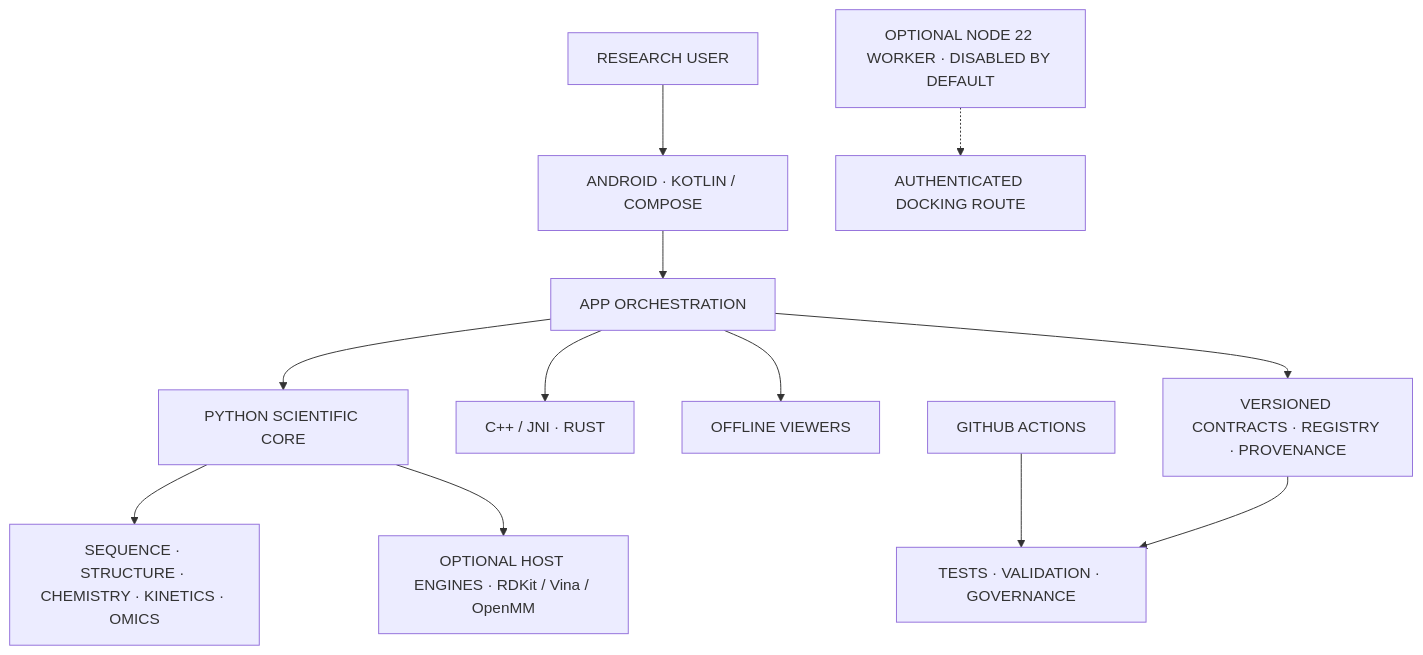
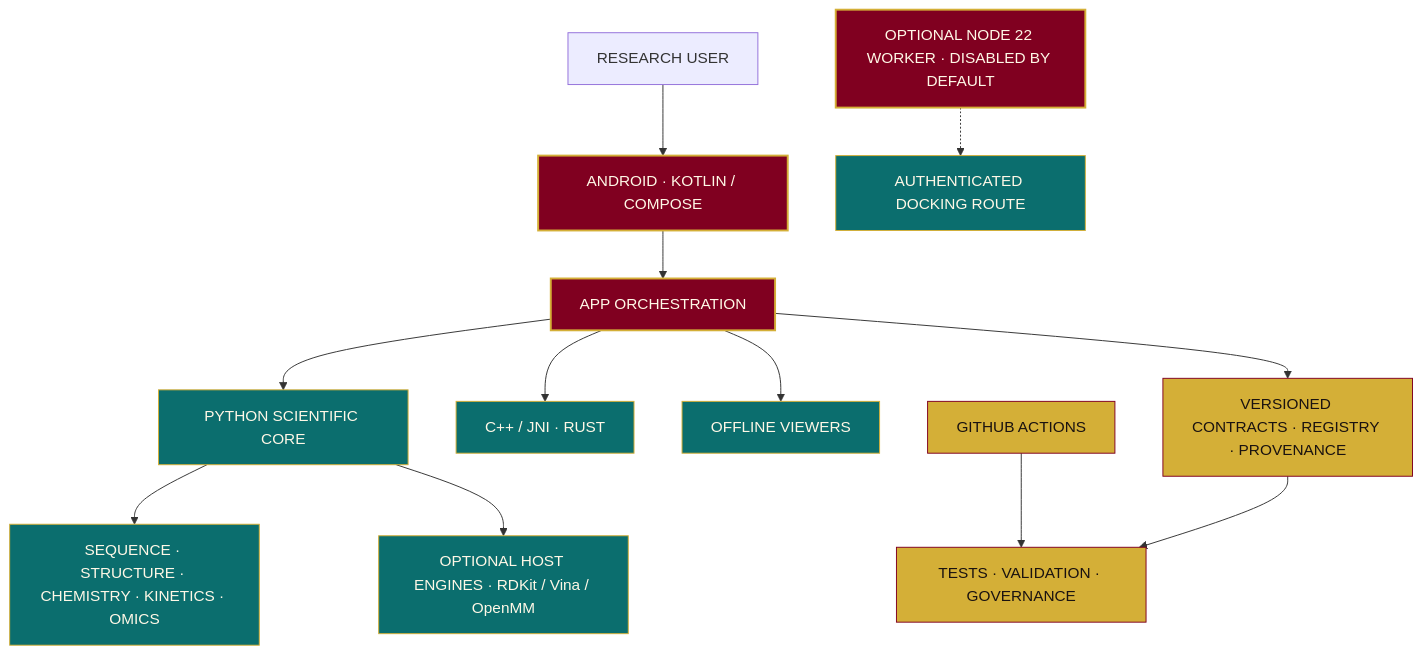
Before and after one commit to AssayFlux/Kinetics: the diagram in README.md, drawn with Mermaid. The commit also changed other lines of this file, not shown here.

````diff
--- a/README.md
+++ b/README.md
@@ -153,14 +201,20 @@
 ```mermaid
 flowchart TD
     USER["RESEARCH USER"] --> ANDROID["ANDROID · KOTLIN / COMPOSE"]
     ANDROID --> APP["APP ORCHESTRATION"]
     APP --> PY["PYTHON SCIENTIFIC CORE"]
     APP --> NATIVE["C++ / JNI · RUST"]
     APP --> VIEW["OFFLINE VIEWERS"]
     APP --> CONTRACTS["VERSIONED CONTRACTS · REGISTRY · PROVENANCE"]
     PY --> SCI["SEQUENCE · STRUCTURE · CHEMISTRY · KINETICS · OMICS"]
     PY --> OPTIONAL["OPTIONAL HOST ENGINES · RDKit / Vina / OpenMM"]
     NODE["OPTIONAL NODE 22 WORKER · DISABLED BY DEFAULT"] -.-> VINA["AUTHENTICATED DOCKING ROUTE"]
     CI["GITHUB ACTIONS"] --> CHECKS["TESTS · VALIDATION · GOVERNANCE"]
     CONTRACTS --> CHECKS
+    classDef royal fill:#800020,color:#FFF8E7,stroke:#D4AF37,stroke-width:2px;
+    classDef gold fill:#D4AF37,color:#1A1210,stroke:#800020,stroke-width:1px;
+    classDef teal fill:#0B6E6E,color:#FFF8E7,stroke:#D4AF37,stroke-width:1px;
+    class ANDROID,APP,NODE royal;
+    class CONTRACTS,CHECKS,CI gold;
+    class PY,NATIVE,VIEW,SCI,OPTIONAL,VINA teal;
 ```
````
